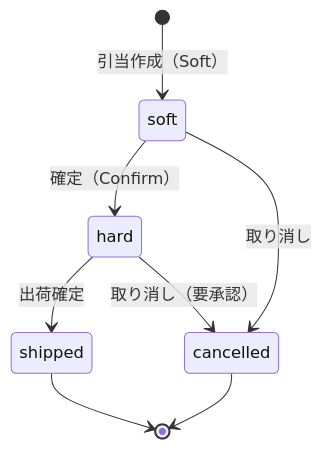
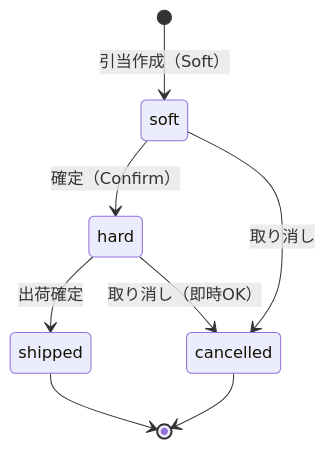
The fourth of 6 diagrams in docs/designs/hard_allocation_design.md (cybons-lab/lot-management-system), drawn with Mermaid before and after one commit. The commit also changed other lines of this file, not shown here.

First line of the commit message:
docs: update Hard Allocation design based on user feedback

````diff
--- a/docs/designs/hard_allocation_design.md
+++ b/docs/designs/hard_allocation_design.md
@@ -118,10 +121,10 @@
 ```mermaid
 stateDiagram-v2
     [*] --> soft: 引当作成（Soft）
     soft --> hard: 確定（Confirm）
     soft --> cancelled: 取り消し
     hard --> shipped: 出荷確定
-    hard --> cancelled: 取り消し（要承認）
+    hard --> cancelled: 取り消し（即時OK）
     shipped --> [*]
     cancelled --> [*]
 ```
````
